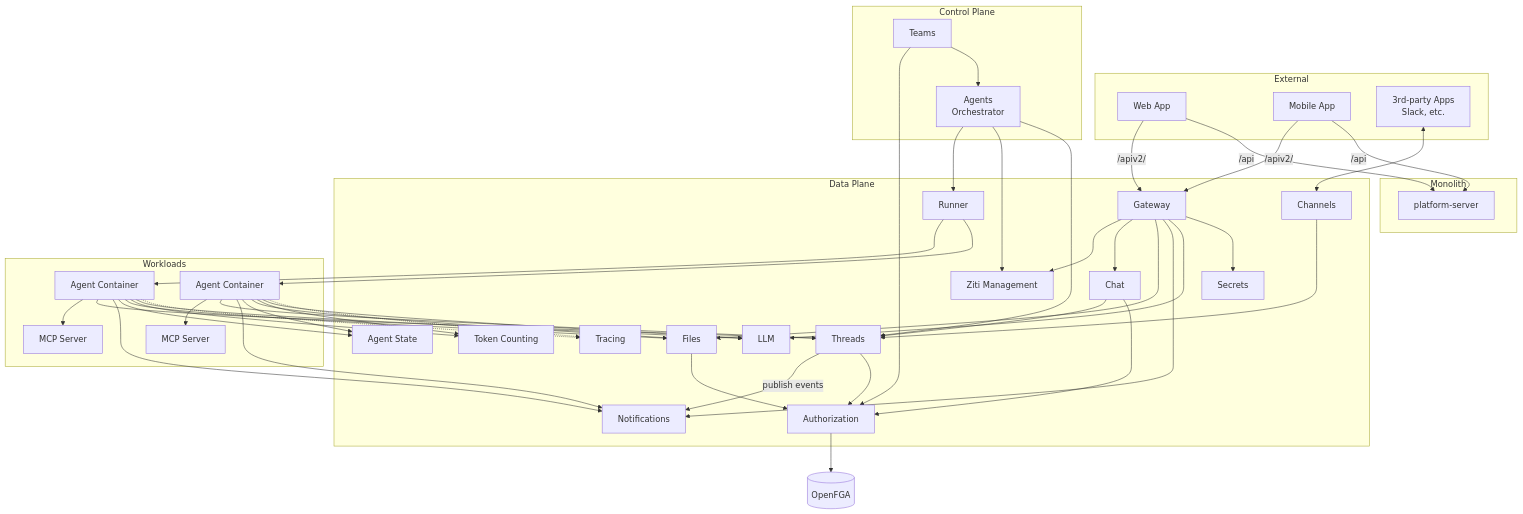
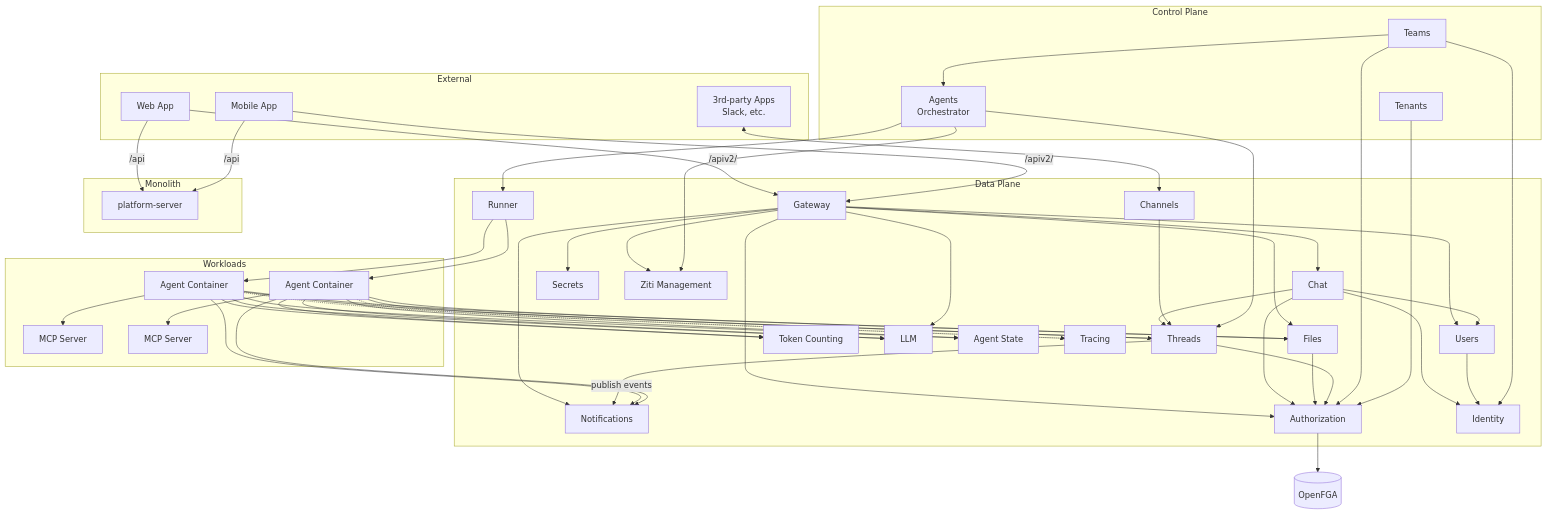
Before and after one commit to agynio/architecture: the diagram in architecture/system-overview.md, drawn with Mermaid. The commit also changed other lines of this file and 9 other files, not shown here.

First line of the commit message:
docs: add Users and Tenants services, unified identity model (#43)

```diff
--- a/architecture/system-overview.md
+++ b/architecture/system-overview.md
@@ -15,6 +15,7 @@
     subgraph Control Plane
         Teams[Teams]
         AgentsOrch[Agents<br/>Orchestrator]
+        Tenants[Tenants]
     end
 
     subgraph Data Plane
@@ -32,6 +33,8 @@
         Tracing[Tracing]
         Authorization[Authorization]
         ZitiMgmt[Ziti Management]
+        Users[Users]
+        Identity[Identity]
     end
 
     subgraph Workloads
@@ -50,13 +53,20 @@
     ThirdParty <--> Channels
 
     Gateway --> ZitiMgmt
+    Gateway --> Users
+    Gateway --> Authorization
     Gateway --> Chat
     Gateway --> Files
     Gateway --> Notifications
     Gateway --> LLM
     Gateway --> Secrets
     Chat --> Threads
+    Chat --> Identity
+    Chat --> Users
     Channels --> Threads
+
+    Users --> Identity
+    Teams --> Identity
 
     Threads -->|publish events| Notifications
     AgentsOrch --> Runner
@@ -78,6 +88,7 @@
     Files --> Authorization
     Threads --> Authorization
     Teams --> Authorization
+    Tenants --> Authorization
     Authorization --> OpenFGA[(OpenFGA)]
 
     Teams --> AgentsOrch
```
